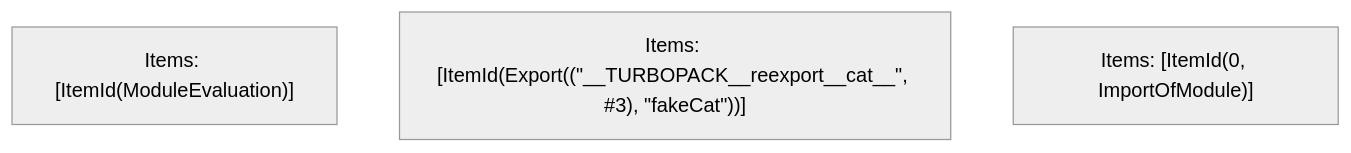
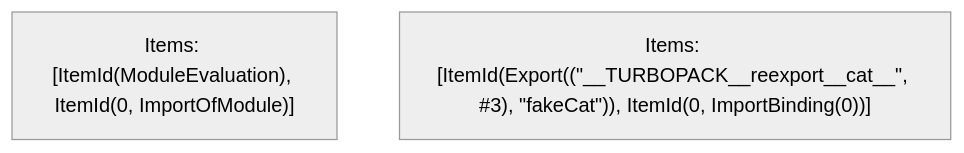
The fifth of 5 diagrams in turbopack/crates/turbopack-ecmascript/tests/tree-shaker/analyzer/export-named/output.md (Sonar-UX-Testing-FreePlan/next.js), drawn with Mermaid (neutral theme) before and after one commit. The commit also changed other lines of this file and 38 other files, not shown here.

````diff
--- a/turbopack/crates/turbopack-ecmascript/tests/tree-shaker/analyzer/export-named/output.md
+++ b/turbopack/crates/turbopack-ecmascript/tests/tree-shaker/analyzer/export-named/output.md
@@ -70,6 +70,5 @@
 ```mermaid
 graph TD
-    N0["Items: [ItemId(ModuleEvaluation)]"];
-    N1["Items: [ItemId(Export((&quot;__TURBOPACK__reexport__cat__&quot;, #3), &quot;fakeCat&quot;))]"];
-    N2["Items: [ItemId(0, ImportOfModule)]"];
+    N0["Items: [ItemId(ModuleEvaluation), ItemId(0, ImportOfModule)]"];
+    N1["Items: [ItemId(Export((&quot;__TURBOPACK__reexport__cat__&quot;, #3), &quot;fakeCat&quot;)), ItemId(0, ImportBinding(0))]"];
 ```
````
